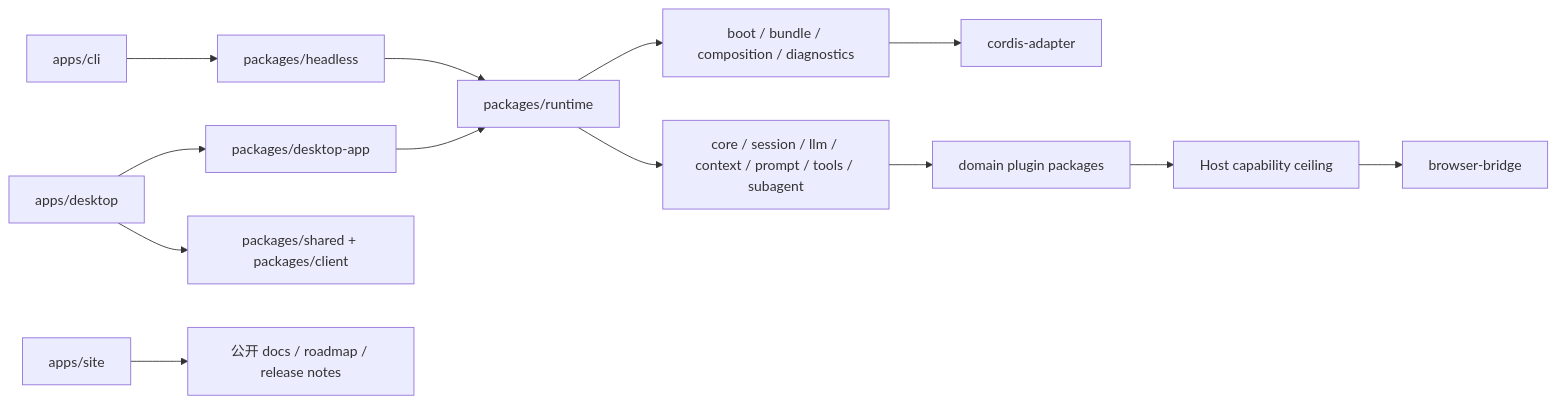
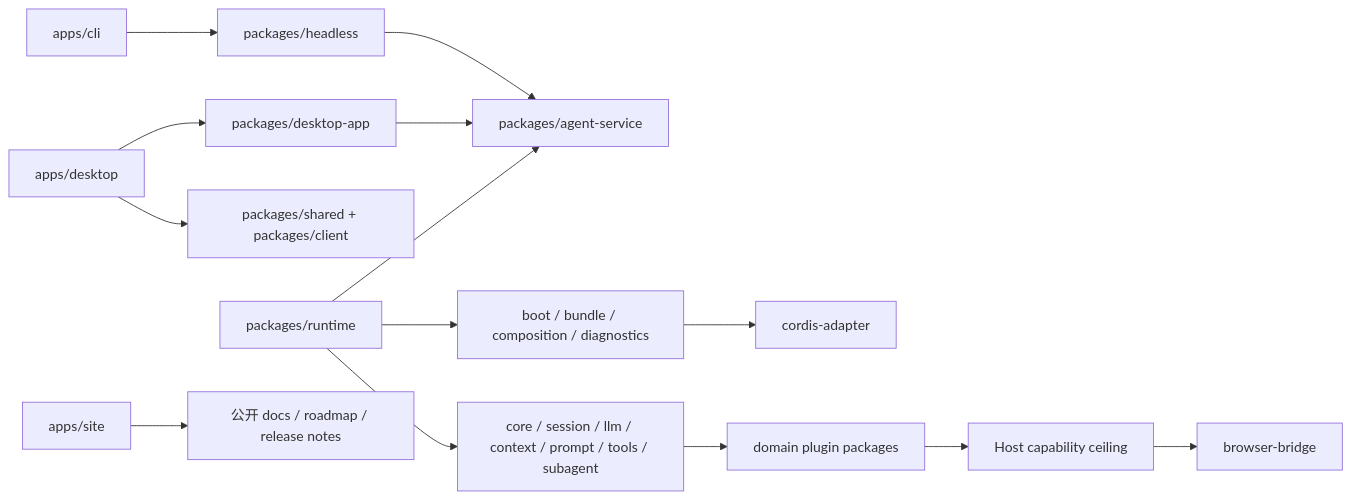
The second of 2 diagrams in docs/design-docs/agent-plugin-runtime/agent-spec-package-layout-and-plugin-packaging.md (WakeUp-Jin/actspace-agent), drawn with Mermaid before and after one commit. The commit also changed other lines of this file and 294 other files, not shown here.

````diff
--- a/docs/design-docs/agent-plugin-runtime/agent-spec-package-layout-and-plugin-packaging.md
+++ b/docs/design-docs/agent-plugin-runtime/agent-spec-package-layout-and-plugin-packaging.md
@@ -142,15 +82,16 @@
 ```mermaid
 flowchart LR
     D["apps/desktop"] --> DA["packages/desktop-app"]
     C["apps/cli"] --> HL["packages/headless"]
     S["apps/site"] --> PUBLIC["公开 docs / roadmap / release notes"]
-    DA --> R["packages/runtime"]
-    HL --> R["packages/runtime"]
+    DA --> AS["packages/agent-service"]
+    HL --> AS
+    R["packages/runtime"] --> AS
     R --> B["boot / bundle / composition / diagnostics"]
     B --> CA["cordis-adapter"]
     R --> CORE["core / session / llm / context / prompt / tools / subagent"]
     CORE --> PLUG["domain plugin packages"]
     PLUG --> CAP["Host capability ceiling"]
     CAP --> BB["browser-bridge"]
     D --> SH["packages/shared + packages/client"]
 ```
````
